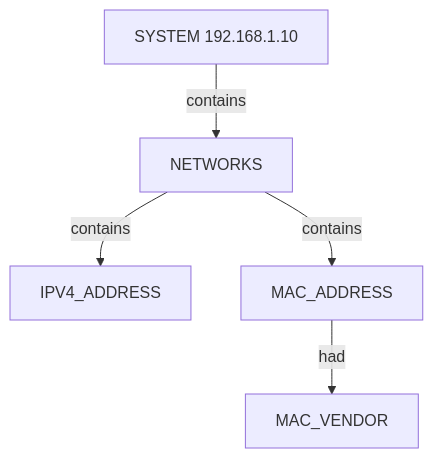
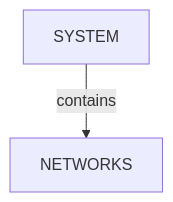
The second of 3 diagrams in .docs/docs-for-cli-tools/nugget_structure/netdiscover_passive_snippet_text_proposed_nuggets_edges_description.md (brettforbes/spiderfeet), drawn with Mermaid before and after one commit. The commit also changed other lines of this file and 31 other files, not shown here.

````diff
--- a/.docs/docs-for-cli-tools/nugget_structure/netdiscover_passive_snippet_text_proposed_nuggets_edges_description.md
+++ b/.docs/docs-for-cli-tools/nugget_structure/netdiscover_passive_snippet_text_proposed_nuggets_edges_description.md
@@ -81,12 +46,6 @@
 ```mermaid
 flowchart TD
-  system["SYSTEM 192.168.1.10"]
-  nets["NETWORKS"]
-  system -->|contains| nets
-  ip["IPV4_ADDRESS"]
-  nets -->|contains| ip
-  mac["MAC_ADDRESS"]
-  nets -->|contains| mac
-  vendor["MAC_VENDOR"]
-  mac -->|had| vendor
+  system_1["SYSTEM"]
+  networks_2["NETWORKS"]
+  system_1 -->|contains| networks_2
 ```
````
